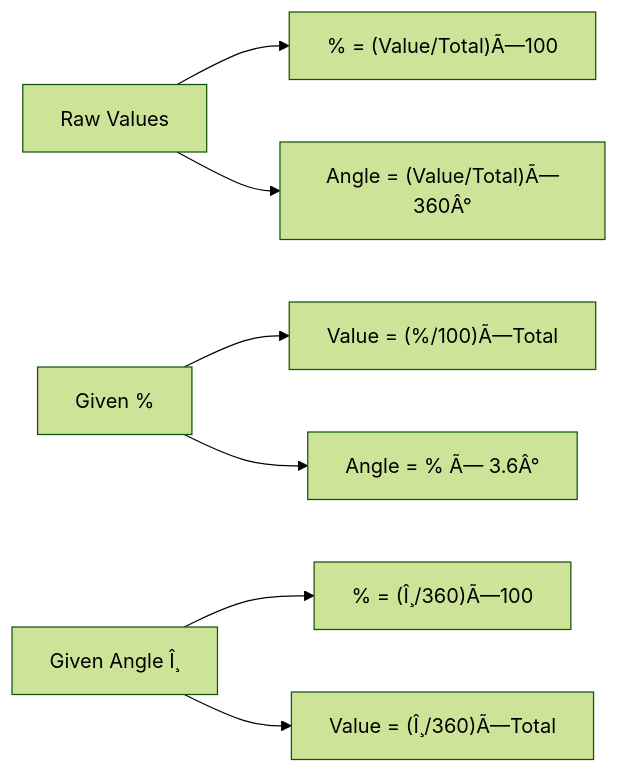
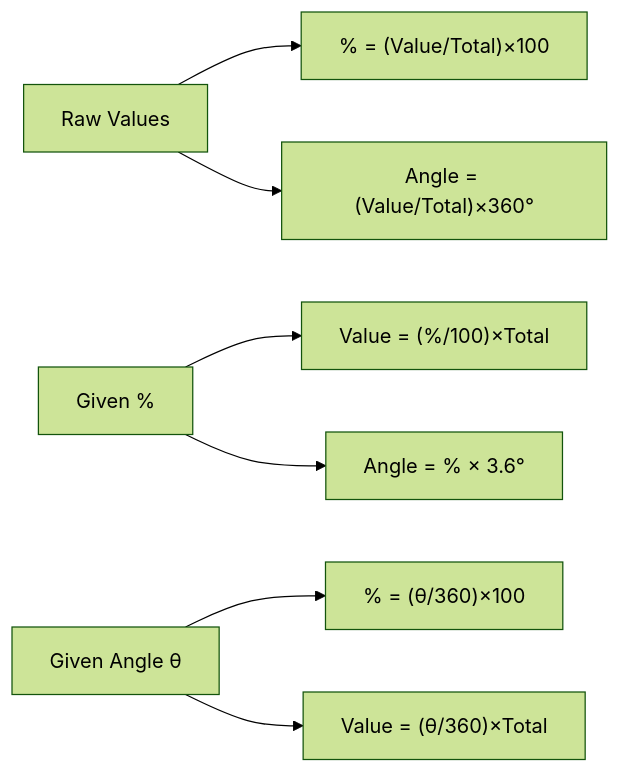
One commit to Raushan666java/ai-engineering-journey changed the sixth of 7 diagrams in docs/courses/quantitative-aptitude/03-data-interpretation.md. Above: the diagram before and after it, drawn with Mermaid (forest theme). The commit also changed other lines of this file and 965 other files, not shown here.

````diff
--- a/docs/courses/quantitative-aptitude/03-data-interpretation.md
+++ b/docs/courses/quantitative-aptitude/03-data-interpretation.md
@@ -1074,9 +1074,9 @@
 ```mermaid
 flowchart LR
-    A["Raw Values"] --> B["% = (Value/Total)Ã—100"]
-    A --> C["Angle = (Value/Total)Ã—360Â°"]
-    D["Given %"] --> E["Value = (%/100)Ã—Total"]
-    D --> F["Angle = % Ã— 3.6Â°"]
-    G["Given Angle Î¸"] --> H["% = (Î¸/360)Ã—100"]
-    G --> I["Value = (Î¸/360)Ã—Total"]
+    A["Raw Values"] --> B["% = (Value/Total)×100"]
+    A --> C["Angle = (Value/Total)×360°"]
+    D["Given %"] --> E["Value = (%/100)×Total"]
+    D --> F["Angle = % × 3.6°"]
+    G["Given Angle θ"] --> H["% = (θ/360)×100"]
+    G --> I["Value = (θ/360)×Total"]
 ```
````
